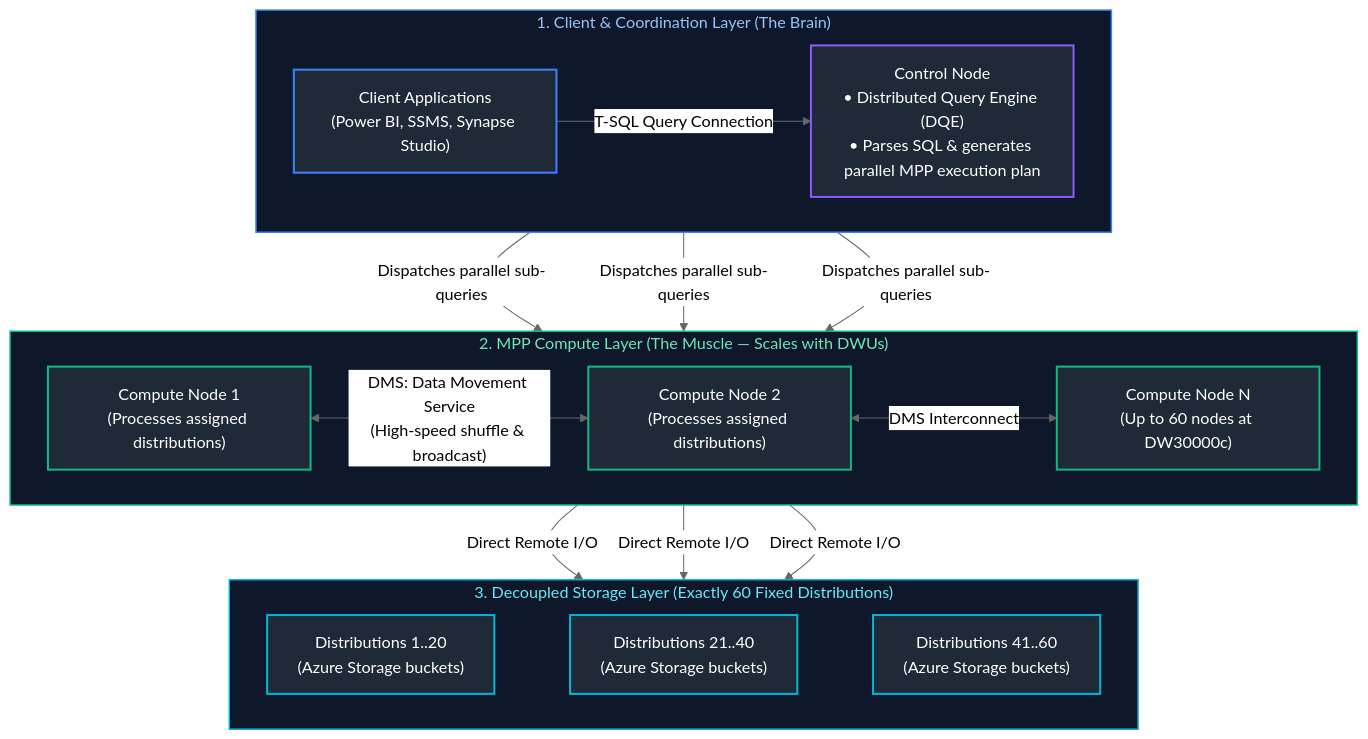
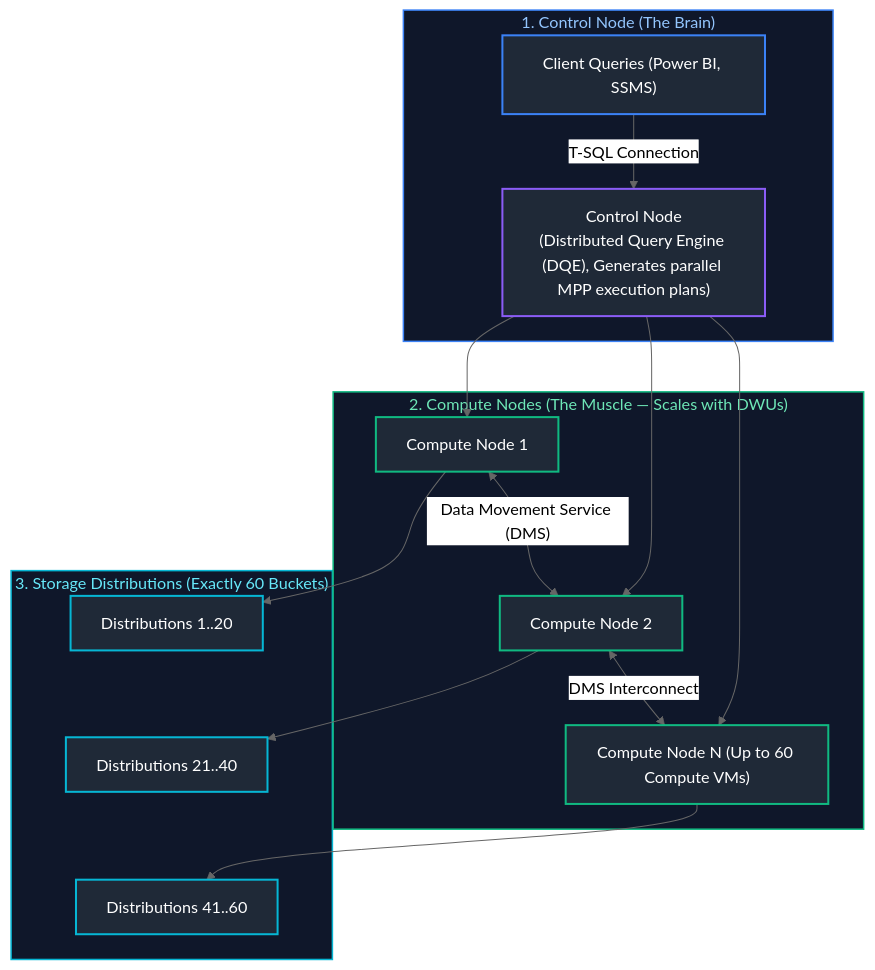
Before and after one commit to joydeep-biswas/Interview-Preparation: the seventh of 10 diagrams in Data Engineering/13_azure_data_engineering_and_devops.md, drawn with Mermaid (neutral theme). The commit also changed other lines of this file and 143 other files, not shown here.

````diff
--- a/Data Engineering/13_azure_data_engineering_and_devops.md
+++ b/Data Engineering/13_azure_data_engineering_and_devops.md
@@ -703,36 +827,33 @@
 ```mermaid
 flowchart TD
-    subgraph ClientControl ["1. Client & Coordination Layer (The Brain)"]
-        direction LR
-        Client["Client Applications<br/>(Power BI, SSMS, Synapse Studio)"] -->|"T-SQL Query Connection"| ControlNode["Control Node<br/>• Distributed Query Engine (DQE)<br/>• Parses SQL & generates parallel MPP execution plan"]
+    subgraph ControlLayer ["1. Control Node (The Brain)"]
+        ClientApp["Client Queries (Power BI, SSMS)"] -->|"T-SQL Connection"| ControlNode["Control Node<br/>(Distributed Query Engine (DQE), Generates parallel MPP execution plans)"]
     end
 
-    subgraph ComputeTier ["2. MPP Compute Layer (The Muscle — Scales with DWUs)"]
-        direction LR
-        C1["Compute Node 1<br/>(Processes assigned distributions)"] <-->|"DMS: Data Movement Service<br/>(High-speed shuffle & broadcast)"| C2["Compute Node 2<br/>(Processes assigned distributions)"]
-        C2 <-->|"DMS Interconnect"| CN["Compute Node N<br/>(Up to 60 nodes at DW30000c)"]
+    subgraph ComputeLayer ["2. Compute Nodes (The Muscle — Scales with DWUs)"]
+        C1["Compute Node 1"] <-->|"Data Movement Service (DMS)"| C2["Compute Node 2"]
+        C2 <-->|"DMS Interconnect"| CN["Compute Node N (Up to 60 Compute VMs)"]
     end
 
-    subgraph StorageTier ["3. Decoupled Storage Layer (Exactly 60 Fixed Distributions)"]
-        direction LR
-        D1["Distributions 1..20<br/>(Azure Storage buckets)"] ~~~ D2["Distributions 21..40<br/>(Azure Storage buckets)"] ~~~ D3["Distributions 41..60<br/>(Azure Storage buckets)"]
+    subgraph StorageLayer ["3. Storage Distributions (Exactly 60 Buckets)"]
+        D1["Distributions 1..20"] ~~~ D2["Distributions 21..40"] ~~~ D3["Distributions 41..60"]
     end
 
-    ControlNode -->|"Dispatches parallel sub-queries"| C1 & C2 & CN
-    C1 -->|"Direct Remote I/O"| D1
-    C2 -->|"Direct Remote I/O"| D2
-    CN -->|"Direct Remote I/O"| D3
+    ControlNode --> C1 & C2 & CN
+    C1 --> D1
+    C2 --> D2
+    CN --> D3
 
-    style ClientControl fill:#0f172a,stroke:#3b82f6,stroke-width:1.5px,color:#93c5fd
-    style ComputeTier fill:#0f172a,stroke:#10b981,stroke-width:1.5px,color:#6ee7b7
-    style StorageTier fill:#0f172a,stroke:#06b6d4,stroke-width:1.5px,color:#67e8f9
+    style ControlLayer fill:#0f172a,stroke:#3b82f6,stroke-width:1.5px,color:#93c5fd
+    style ComputeLayer fill:#0f172a,stroke:#10b981,stroke-width:1.5px,color:#6ee7b7
+    style StorageLayer fill:#0f172a,stroke:#06b6d4,stroke-width:1.5px,color:#67e8f9
 
-    style Client fill:#1f2937,stroke:#3b82f6,stroke-width:2px,color:#fff
+    style ClientApp fill:#1f2937,stroke:#3b82f6,stroke-width:2px,color:#fff
     style ControlNode fill:#1f2937,stroke:#8b5cf6,stroke-width:2px,color:#fff
     style C1 fill:#1f2937,stroke:#10b981,stroke-width:2px,color:#fff
     style C2 fill:#1f2937,stroke:#10b981,stroke-width:2px,color:#fff
     style CN fill:#1f2937,stroke:#10b981,stroke-width:2px,color:#fff
     style D1 fill:#1f2937,stroke:#06b6d4,stroke-width:2px,color:#fff
     style D2 fill:#1f2937,stroke:#06b6d4,stroke-width:2px,color:#fff
     style D3 fill:#1f2937,stroke:#06b6d4,stroke-width:2px,color:#fff
 ```
````
